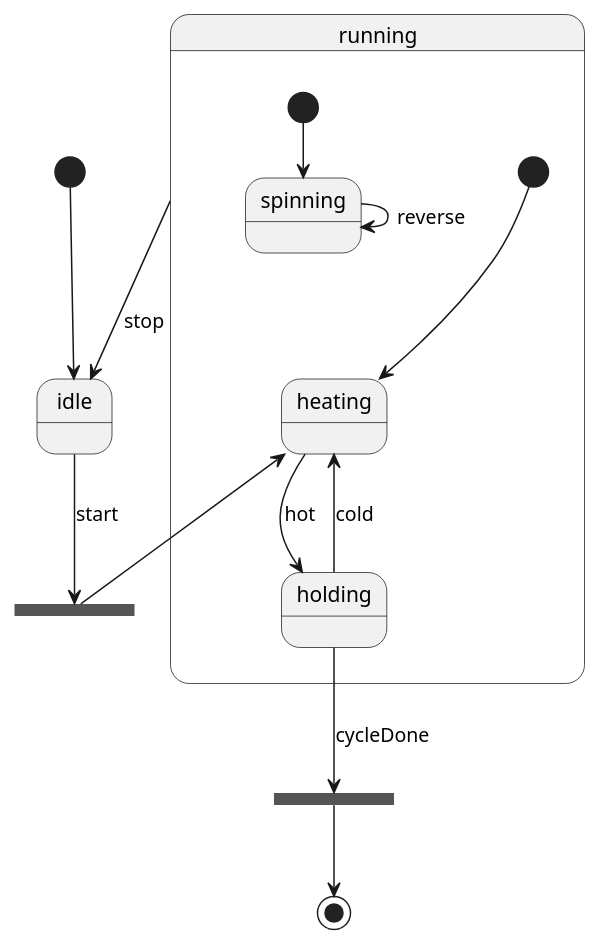
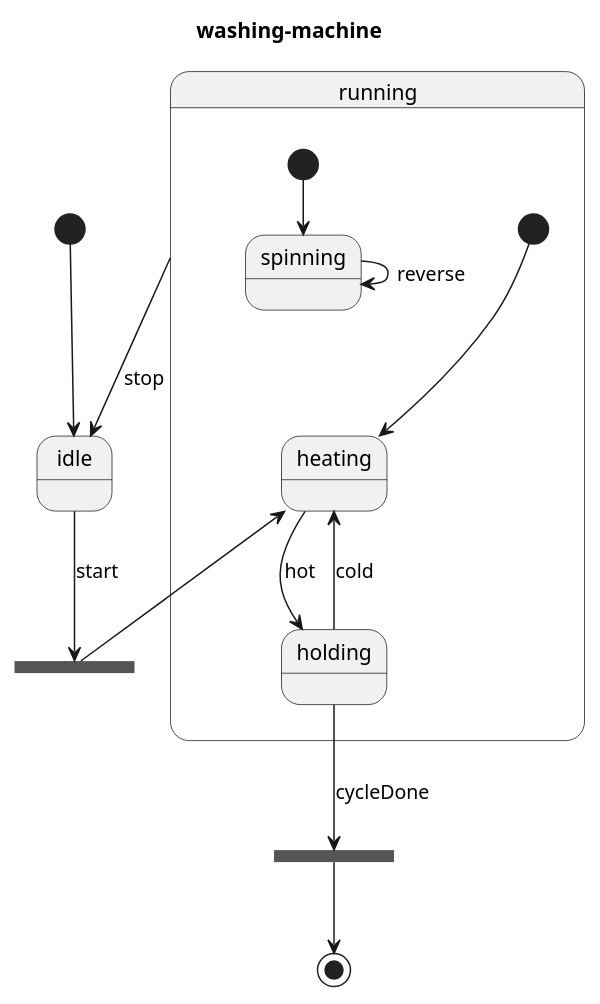
The diagram in example/washing-machine.puml (vincedupuis/transplantUML), drawn with PlantUML before and after one commit. The commit also changed 10 other files, not shown here.

First line of the commit message:
Rewrite the PlantUML template to draw everything the model holds

```diff
--- a/example/washing-machine.puml
+++ b/example/washing-machine.puml
@@ -1,22 +1,24 @@
 @startuml
+title washing-machine
 [*] --> idle
 state idle
 state fill <<fork>>
 state running {
     [*] --> heating
     state heating
     state holding
     heating --> holding: hot
     holding --> heating: cold
     --
     [*] --> spinning
     state spinning
     spinning --> spinning: reverse
 }
 state drain <<join>>
+state finished <<end>>
 idle --> fill: start
 fill --> heating
 running --> idle: stop
 holding --> drain: cycleDone
-drain --> [*]
+drain --> finished
 @enduml
```
